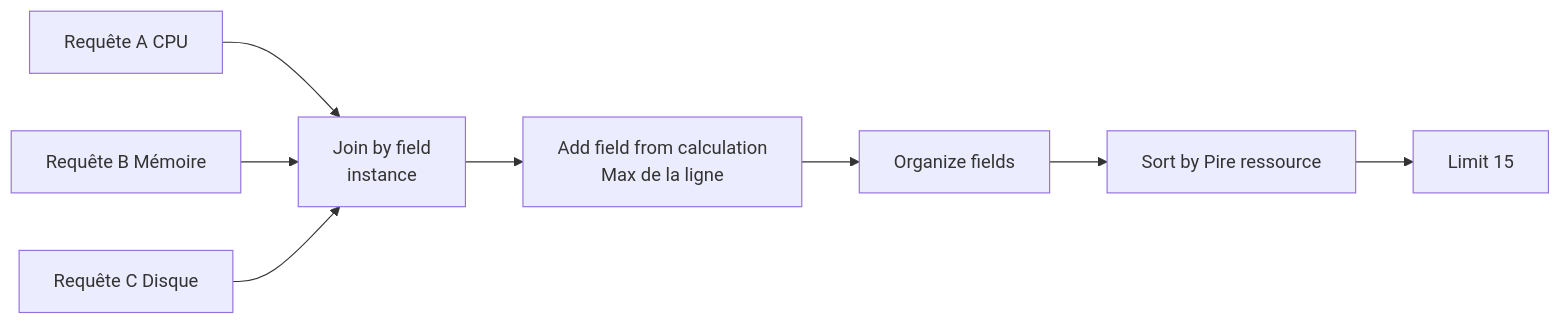
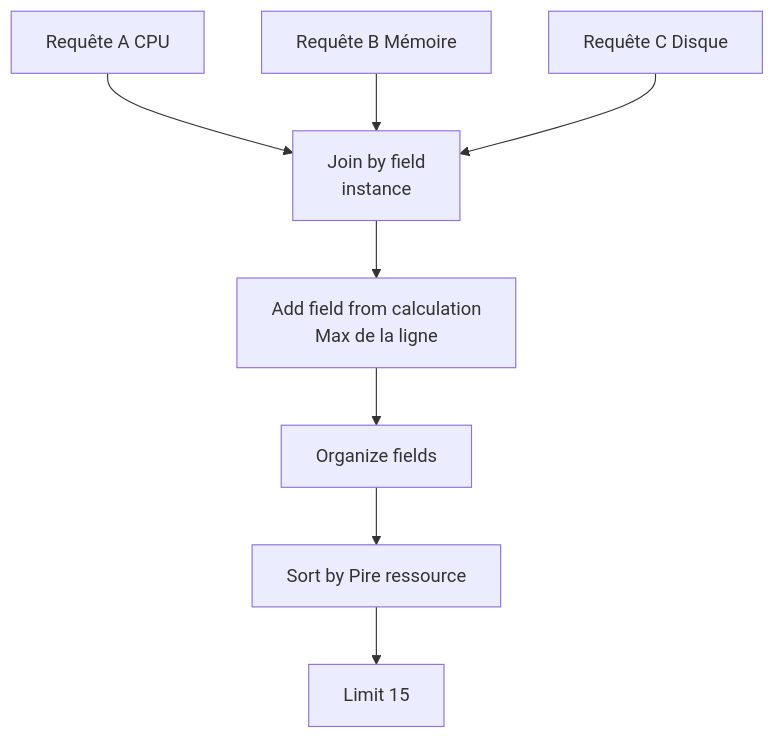
The second of 2 diagrams in courses/grafana/17_transformations_donnees.md (Gooseppr/GevOps_LC), drawn with Mermaid before and after one commit. The commit also changed 56 other files, not shown here.

````diff
--- a/courses/grafana/17_transformations_donnees.md
+++ b/courses/grafana/17_transformations_donnees.md
@@ -203,10 +203,10 @@
 ```mermaid
-flowchart LR
+flowchart TD
     A[Requête A CPU] --> J[Join by field<br/>instance]
     B[Requête B Mémoire] --> J
     C[Requête C Disque] --> J
     J --> K[Add field from calculation<br/>Max de la ligne]
     K --> O[Organize fields]
     O --> S[Sort by Pire ressource]
     S --> L[Limit 15]
 ```
````
